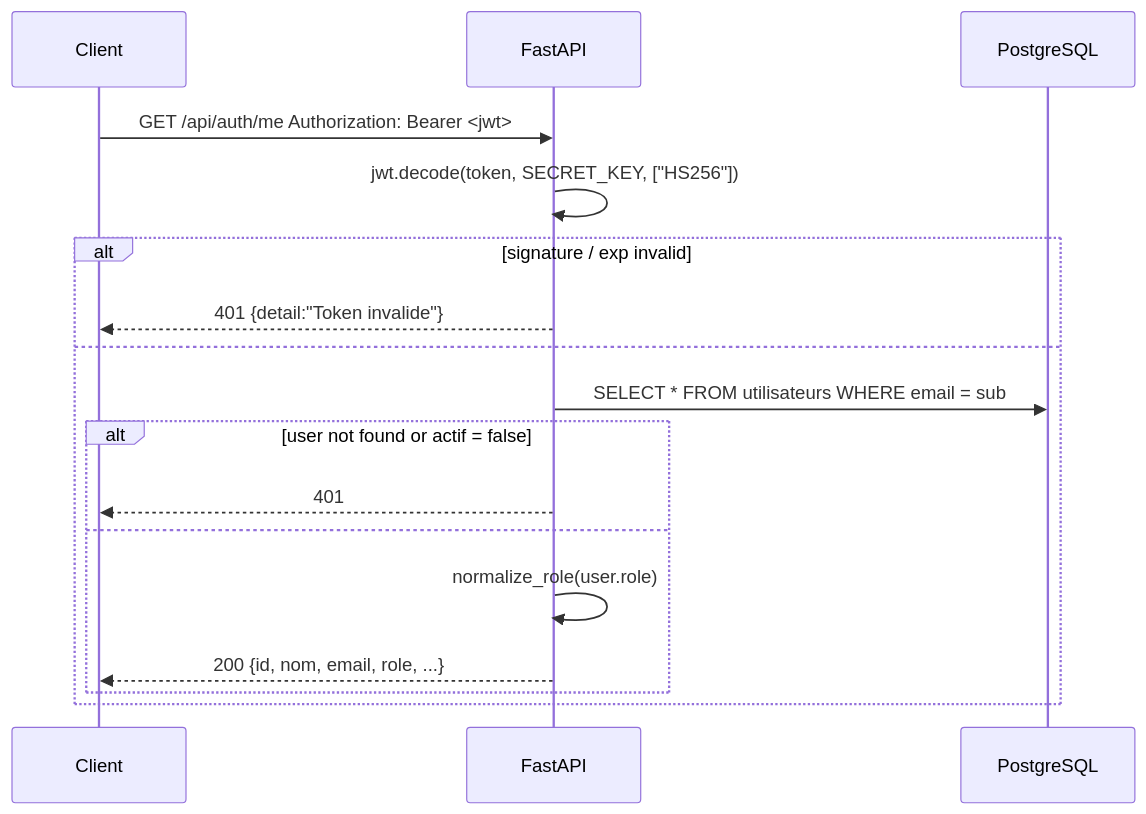
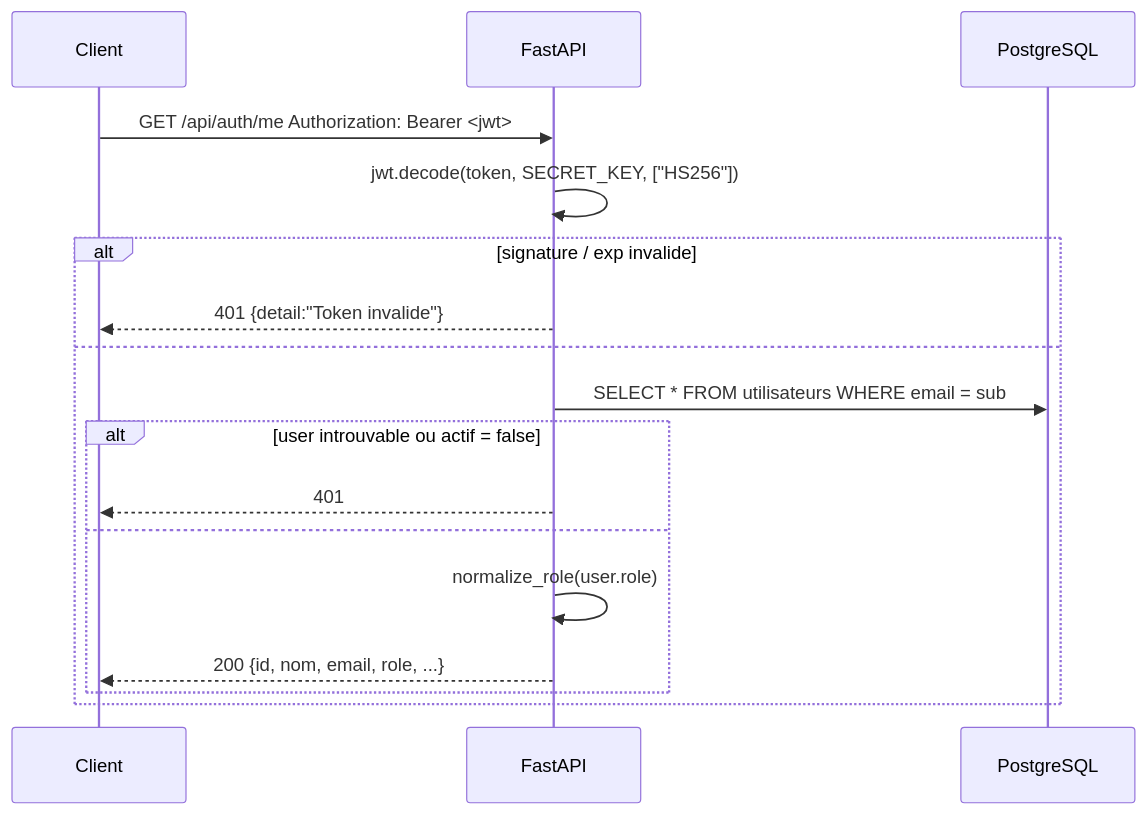
Before and after one commit to t4lhawi/MedAssist-AI: the second of 2 diagrams in docs/security.md, drawn with Mermaid. The commit also changed other lines of this file and 9 other files, not shown here.

````diff
--- a/docs/security.md
+++ b/docs/security.md
@@ -49,20 +49,20 @@
 ```mermaid
 sequenceDiagram
   participant Client
   participant API as FastAPI
   participant DB as PostgreSQL
 
   Client->>API: GET /api/auth/me  Authorization: Bearer <jwt>
   API->>API: jwt.decode(token, SECRET_KEY, ["HS256"])
-  alt signature / exp invalid
+  alt signature / exp invalide
     API-->>Client: 401 {detail:"Token invalide"}
   else
     API->>DB: SELECT * FROM utilisateurs WHERE email = sub
-    alt user not found or actif = false
+    alt user introuvable ou actif = false
       API-->>Client: 401
     else
       API->>API: normalize_role(user.role)
       API-->>Client: 200 {id, nom, email, role, ...}
     end
   end
 ```
````
